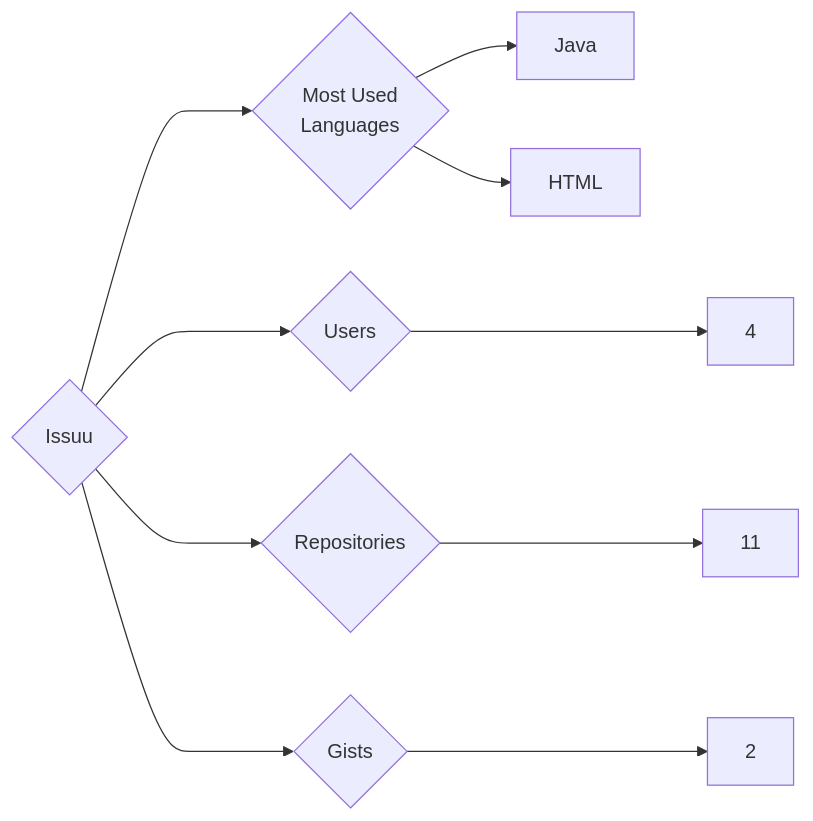
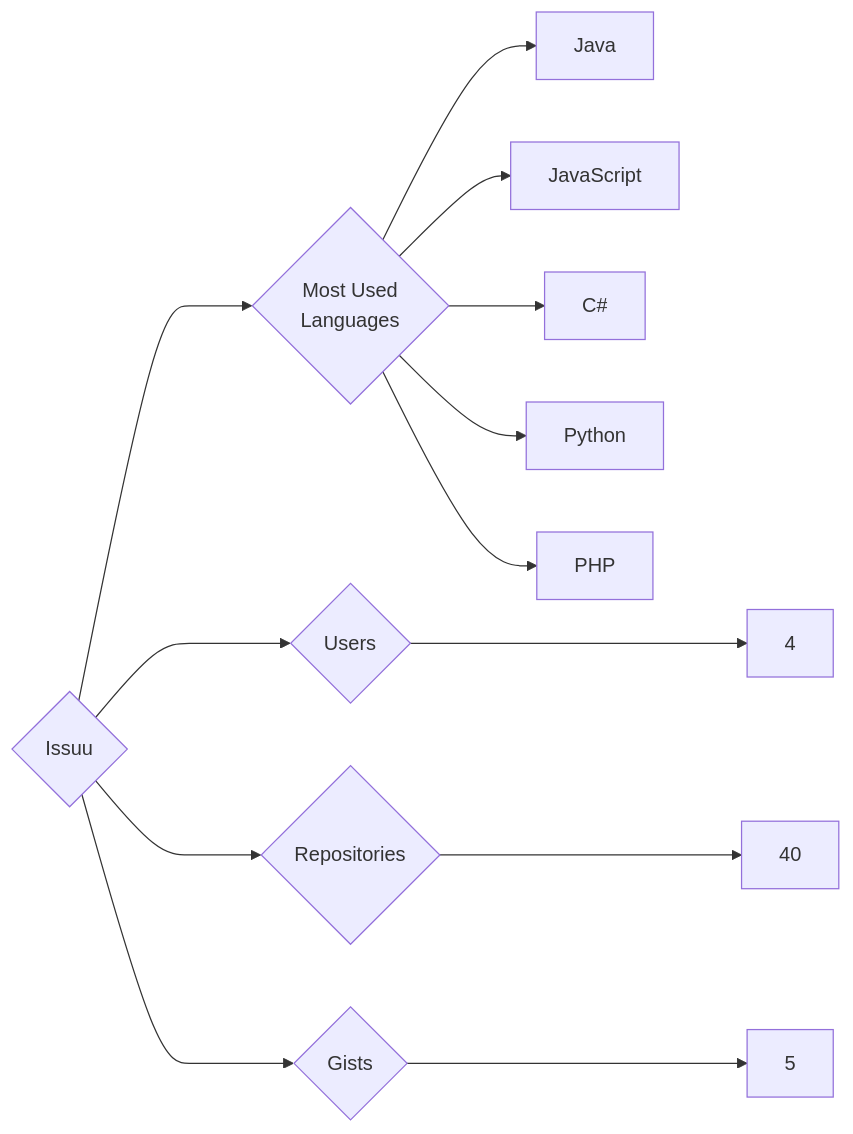
The diagram in targets/Issuu/README.md (trickest/insiders), drawn with Mermaid before and after one commit. The commit also changed 618 other files, not shown here.

````diff
--- a/targets/Issuu/README.md
+++ b/targets/Issuu/README.md
@@ -3,10 +3,13 @@
 ```mermaid
 graph LR
 COMPANY_NAME{Issuu}
 COMPANY_NAME ---> U{Users} ---> UN[4]
-COMPANY_NAME ---> R{Repositories} ---> RN[11]
-COMPANY_NAME ---> G{Gists} ---> GN[2]
+COMPANY_NAME ---> R{Repositories} ---> RN[40]
+COMPANY_NAME ---> G{Gists} ---> GN[5]
 COMPANY_NAME ---> ML{Most Used<br>Languages}
 ML --> Java[Java]
-ML --> HTML[HTML]
+ML --> JavaScript[JavaScript]
+ML --> C#[C#]
+ML --> Python[Python]
+ML --> PHP[PHP]
 ```
````
